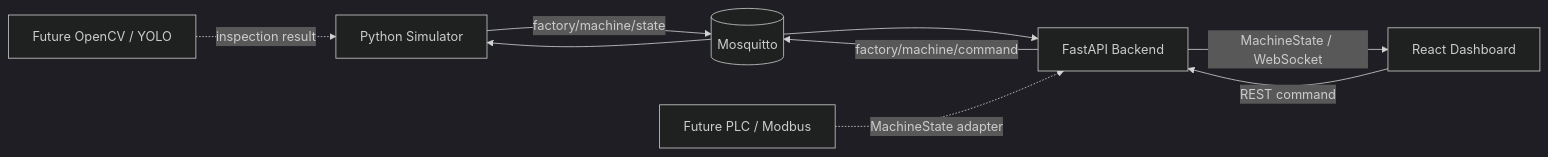
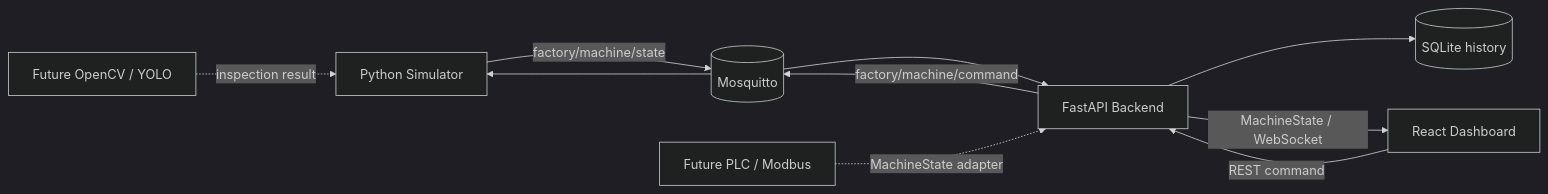
Before and after one commit to CyCle03/miniFactoryTwin: the diagram in README.md, drawn with Mermaid (dark theme). The commit also changed other lines of this file and 19 other files, not shown here.

````diff
--- a/README.md
+++ b/README.md
@@ -23,12 +25,13 @@
 ```mermaid
 flowchart LR
     SIM[Python Simulator] -->|factory/machine/state| MQTT[(Mosquitto)]
     MQTT --> API[FastAPI Backend]
+    API --> DB[(SQLite history)]
     API -->|MachineState / WebSocket| UI[React Dashboard]
     UI -->|REST command| API
     API -->|factory/machine/command| MQTT
     MQTT --> SIM
 
     PLC[Future PLC / Modbus] -. MachineState adapter .-> API
     CV[Future OpenCV / YOLO] -. inspection result .-> SIM
 ```
````
